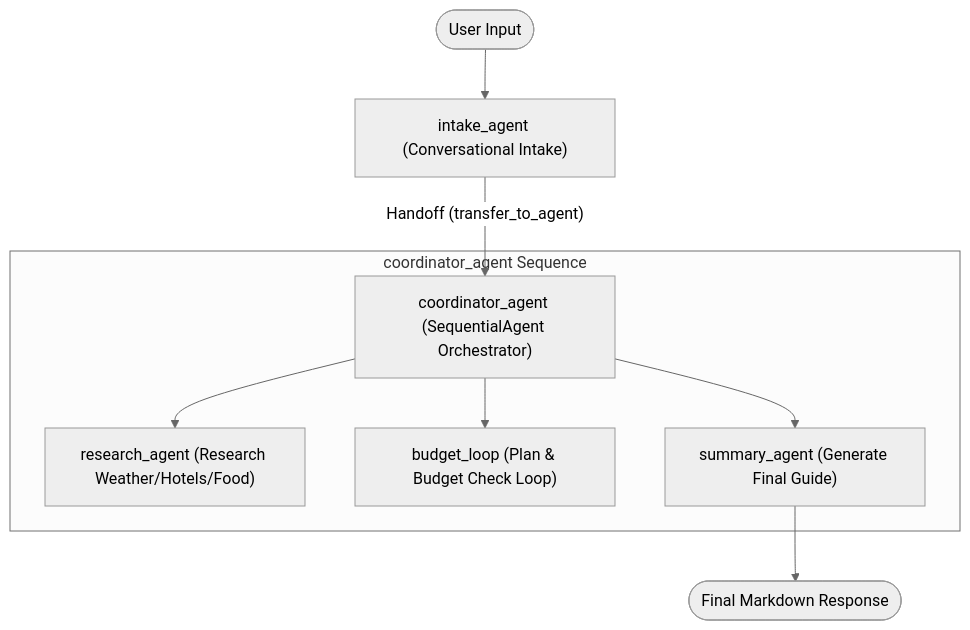
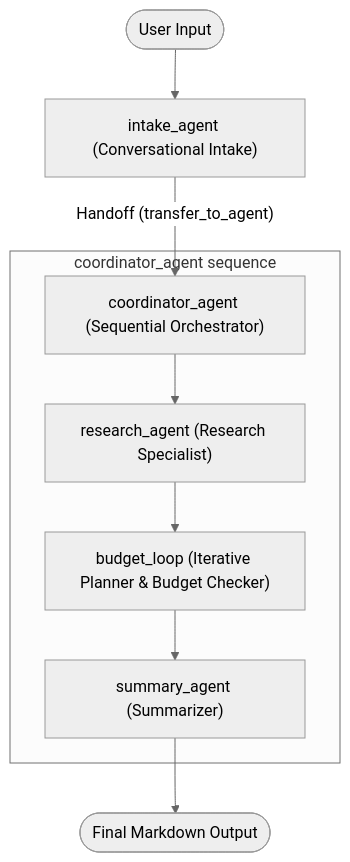
The diagram in workflow_and_structure.md (Janaghan/agents_adk), drawn with Mermaid (neutral theme) before and after one commit.

Commit message:
add project documentation, sample output, and update model version to gemini-2.5-flash-lite

````diff
--- a/workflow_and_structure.md
+++ b/workflow_and_structure.md
@@ -58,13 +58,13 @@
 ```mermaid
 graph TD
     User([User Input]) --> Intake["intake_agent (Conversational Intake)"]
-    Intake -- "Handoff (transfer_to_agent)" --> Coord["coordinator_agent (SequentialAgent Orchestrator)"]
+    Intake -- "Handoff (transfer_to_agent)" --> Coord["coordinator_agent (Sequential Orchestrator)"]
 
-    subgraph coordinator_agent Sequence
-        Coord --> Research["research_agent (Research Weather/Hotels/Food)"]
-        Coord --> BudgetLoop["budget_loop (Plan & Budget Check Loop)"]
-        Coord --> Summary["summary_agent (Generate Final Guide)"]
+    subgraph coordinator_agent sequence
+        Coord --> Research["research_agent (Research Specialist)"]
+        Research --> Loop["budget_loop (Iterative Planner & Budget Checker)"]
+        Loop --> Summary["summary_agent (Summarizer)"]
     end
 
-    Summary --> FinalOutput([Final Markdown Response])
+    Summary --> Output([Final Markdown Output])
 ```
````
